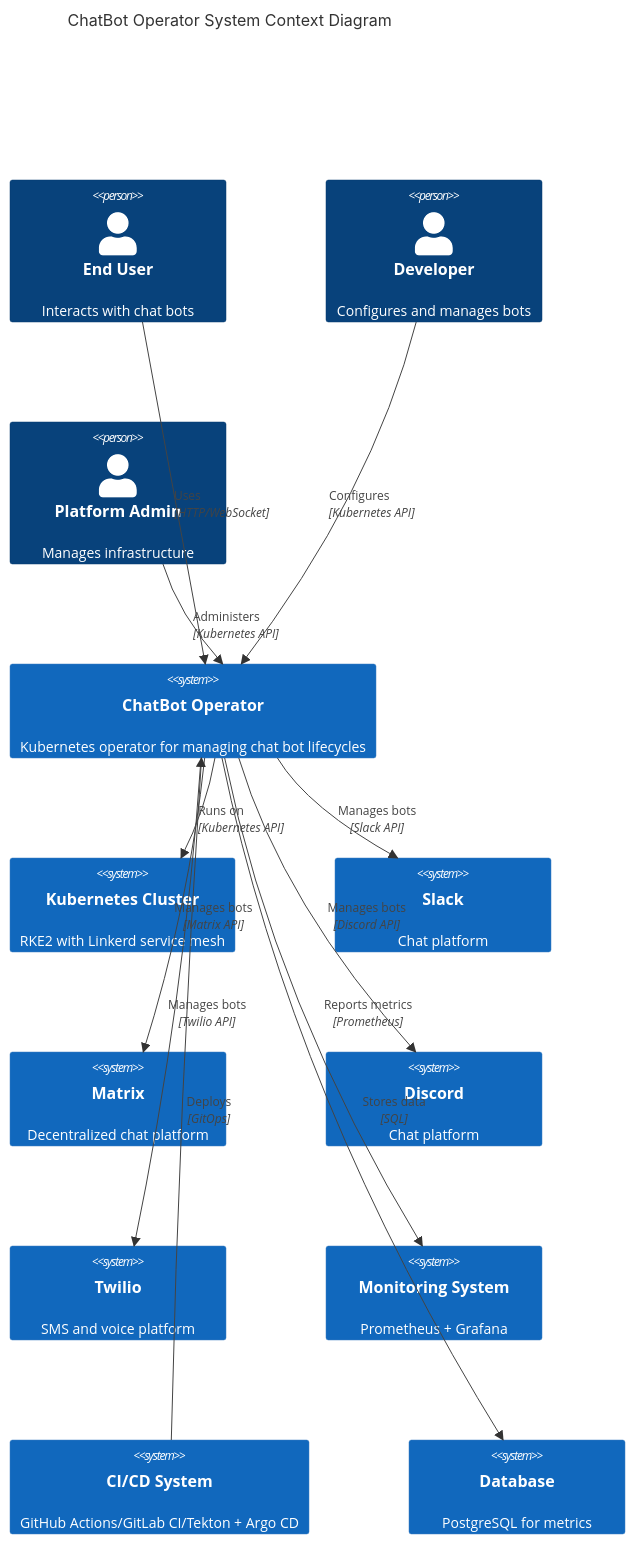
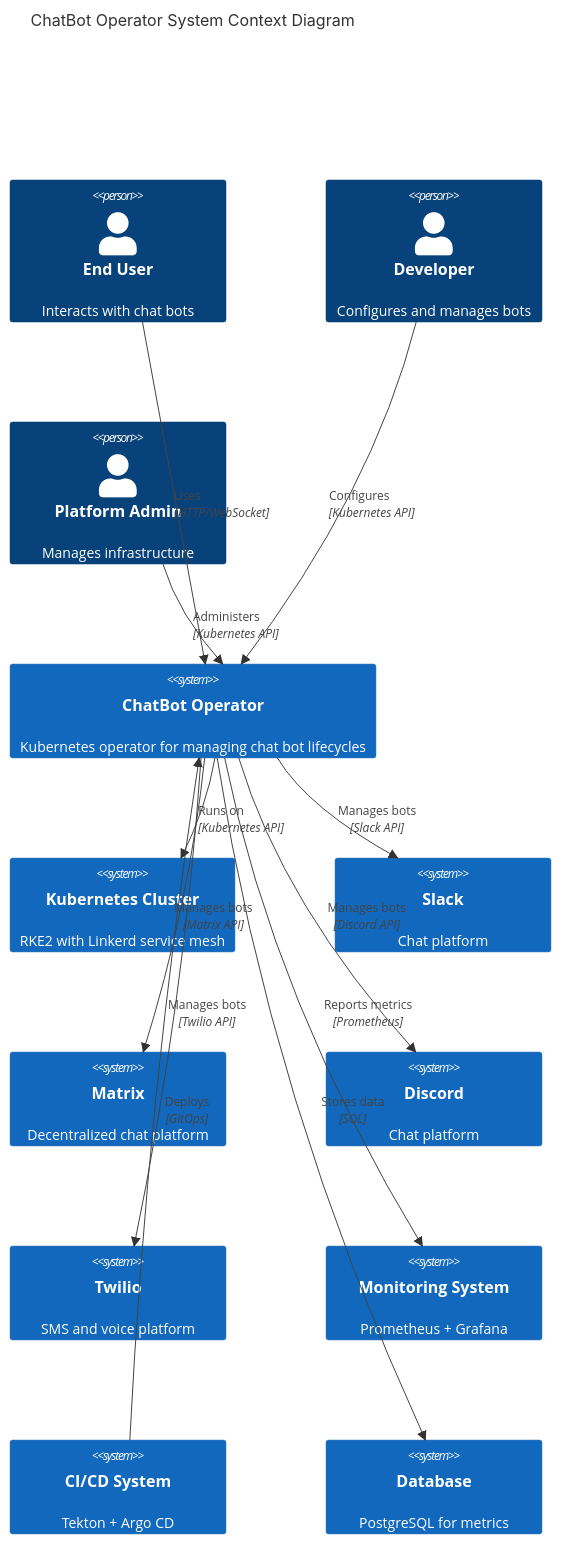
One commit to FruityWelsh/bot-maker changed the first of 17 diagrams in docs/diagrams.md. Above: the diagram before and after it, drawn with Mermaid. The commit also changed other lines of this file and 8 other files, not shown here.

````diff
--- a/docs/diagrams.md
+++ b/docs/diagrams.md
@@ -40,32 +40,32 @@
 ```mermaid
 C4Context
     title ChatBot Operator System Context Diagram
     
     Person(user, "End User", "Interacts with chat bots")
     Person(dev, "Developer", "Configures and manages bots")
     Person(admin, "Platform Admin", "Manages infrastructure")
     
     System(chatbotOperator, "ChatBot Operator", "Kubernetes operator for managing chat bot lifecycles")
     
     System(kubernetes, "Kubernetes Cluster", "RKE2 with Linkerd service mesh")
     System(slack, "Slack", "Chat platform")
     System(matrix, "Matrix", "Decentralized chat platform")
     System(discord, "Discord", "Chat platform")
     System(twilio, "Twilio", "SMS and voice platform")
     System(monitoring, "Monitoring System", "Prometheus + Grafana")
-    System(ciCd, "CI/CD System", "GitHub Actions/GitLab CI/Tekton + Argo CD")
+    System(ciCd, "CI/CD System", "Tekton + Argo CD")
     System(database, "Database", "PostgreSQL for metrics")
     
     Rel(user, chatbotOperator, "Uses", "HTTP/WebSocket")
     Rel(dev, chatbotOperator, "Configures", "Kubernetes API")
     Rel(admin, chatbotOperator, "Administers", "Kubernetes API")
     
     Rel(chatbotOperator, kubernetes, "Runs on", "Kubernetes API")
     Rel(chatbotOperator, slack, "Manages bots", "Slack API")
     Rel(chatbotOperator, matrix, "Manages bots", "Matrix API")
     Rel(chatbotOperator, discord, "Manages bots", "Discord API")
     Rel(chatbotOperator, twilio, "Manages bots", "Twilio API")
     Rel(chatbotOperator, monitoring, "Reports metrics", "Prometheus")
     Rel(chatbotOperator, database, "Stores data", "SQL")
     Rel(ciCd, chatbotOperator, "Deploys", "GitOps")
 ```
````
